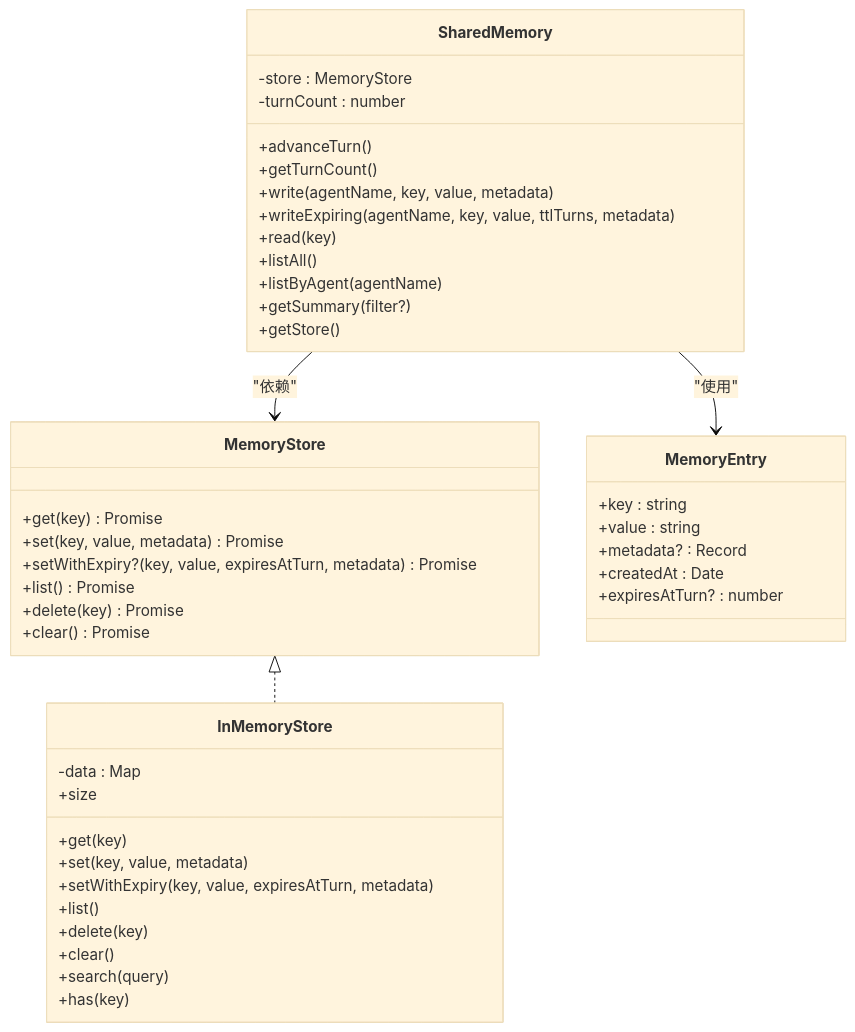
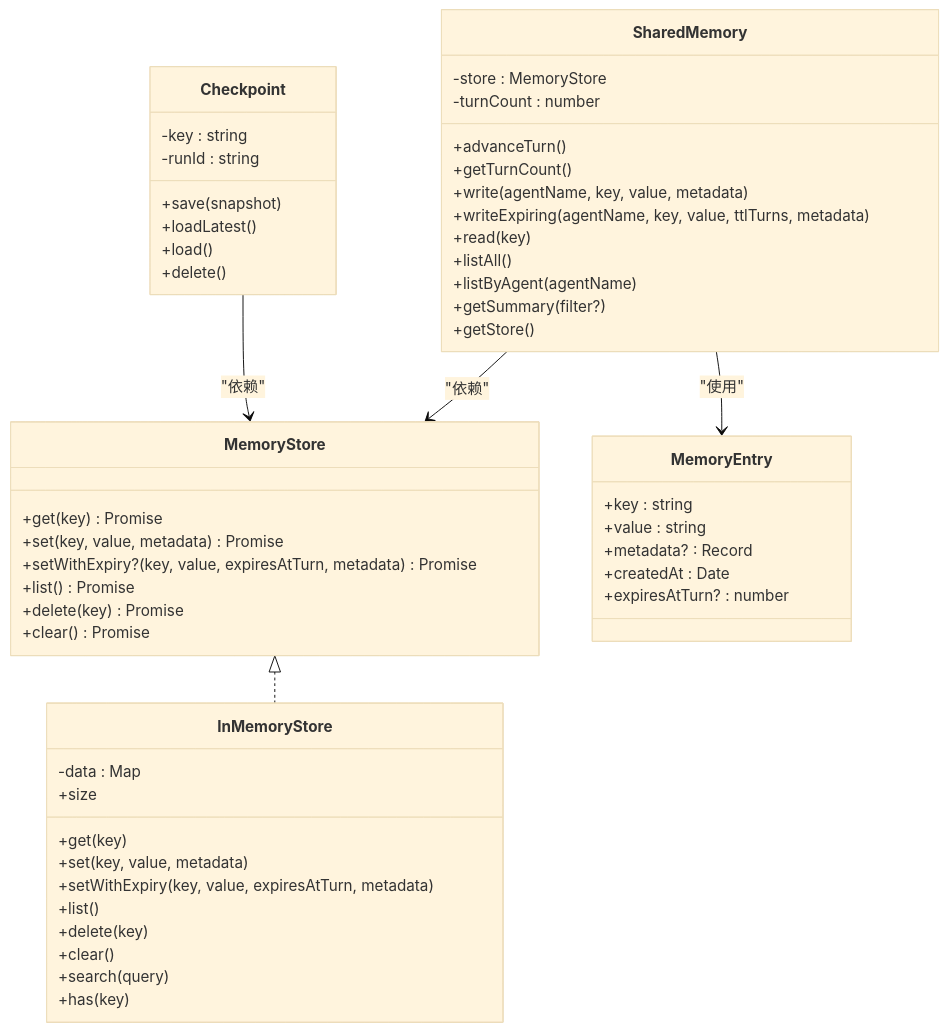
One commit to haolange/open-multi-agent changed the second of 5 diagrams in .qoder/repowiki/zh/content/内存管理.md. Above: the diagram before and after it, drawn with Mermaid (base theme). The commit also changed other lines of this file and 7 other files, not shown here.

````diff
--- a/.qoder/repowiki/zh/content/内存管理.md
+++ b/.qoder/repowiki/zh/content/内存管理.md
@@ -112,46 +145,55 @@
 ```mermaid
 classDiagram
 class MemoryStore {
 +get(key) Promise<MemoryEntry|null>
 +set(key, value, metadata) Promise<void>
 +setWithExpiry?(key, value, expiresAtTurn, metadata) Promise<void>
 +list() Promise<MemoryEntry[]>
 +delete(key) Promise<void>
 +clear() Promise<void>
 }
 class MemoryEntry {
 +key : string
 +value : string
 +metadata? : Record<string, unknown>
 +createdAt : Date
 +expiresAtTurn? : number
 }
 class InMemoryStore {
 -data : Map<string, MemoryEntry>
 +get(key)
 +set(key, value, metadata)
 +setWithExpiry(key, value, expiresAtTurn, metadata)
 +list()
 +delete(key)
 +clear()
 +search(query)
 +size
 +has(key)
 }
 class SharedMemory {
 -store : MemoryStore
 -turnCount : number
 +advanceTurn()
 +getTurnCount()
 +write(agentName, key, value, metadata)
 +writeExpiring(agentName, key, value, ttlTurns, metadata)
 +read(key)
 +listAll()
 +listByAgent(agentName)
 +getSummary(filter?)
 +getStore()
 }
+class Checkpoint {
+-key : string
+-runId : string
++save(snapshot)
++loadLatest()
++load()
++delete()
+}
 MemoryStore <|.. InMemoryStore
 SharedMemory --> MemoryStore : "依赖"
 SharedMemory --> MemoryEntry : "使用"
+Checkpoint --> MemoryStore : "依赖"
 ```
````
